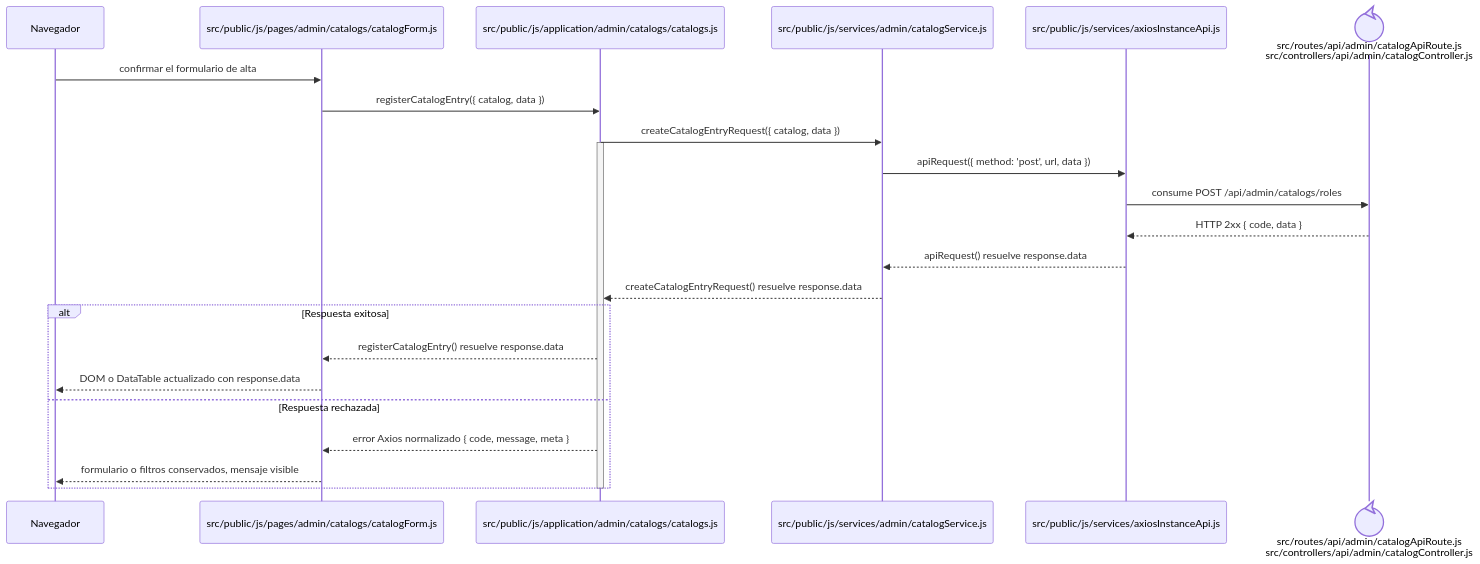
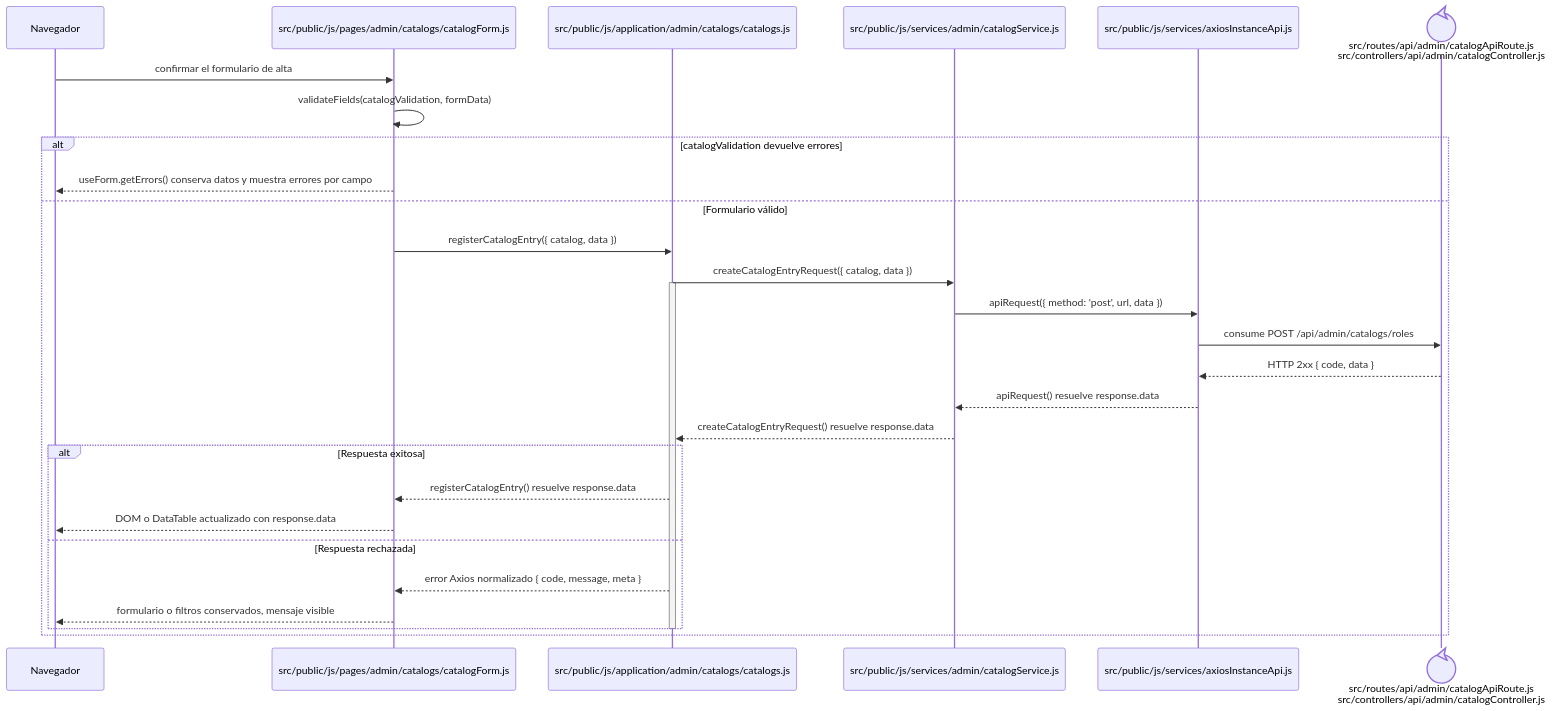
Before and after one commit to gpgsistemas01/nexus: the diagram in docs/architecture/frontend-code-sequences/catalogs/cu-cat-13.md, drawn with Mermaid. The commit also changed 102 other files, not shown here.

````diff
--- a/docs/architecture/frontend-code-sequences/catalogs/cu-cat-13.md
+++ b/docs/architecture/frontend-code-sequences/catalogs/cu-cat-13.md
@@ -6,27 +6,32 @@
 ```mermaid
 sequenceDiagram
     participant Browser as Navegador
     participant View as src/public/js/pages/admin/catalogs/catalogForm.js
     participant Application as src/public/js/application/admin/catalogs/catalogs.js
     participant Request as src/public/js/services/admin/catalogService.js
     participant HTTP as src/public/js/services/axiosInstanceApi.js
     participant Transport@{ "type": "control" } as src/routes/api/admin/catalogApiRoute.js<br/>src/controllers/api/admin/catalogController.js
 
     Browser->>View: confirmar el formulario de alta
-    View->>Application: registerCatalogEntry({ catalog, data })
-    Application->>Request: createCatalogEntryRequest({ catalog, data })
-    activate Application
-    Request->>HTTP: apiRequest({ method: 'post', url, data })
-    HTTP->>Transport: consume POST /api/admin/catalogs/roles
-    Transport-->>HTTP: HTTP 2xx { code, data }
-    HTTP-->>Request: apiRequest() resuelve response.data
-    Request-->>Application: createCatalogEntryRequest() resuelve response.data
-    alt Respuesta exitosa
-        Application-->>View: registerCatalogEntry() resuelve response.data
-        View-->>Browser: DOM o DataTable actualizado con response.data
-    else Respuesta rechazada
-        Application-->>View: error Axios normalizado { code, message, meta }
-        View-->>Browser: formulario o filtros conservados, mensaje visible
+    View->>View: validateFields(catalogValidation, formData)
+    alt catalogValidation devuelve errores
+        View-->>Browser: useForm.getErrors() conserva datos y muestra errores por campo
+    else Formulario válido
+        View->>Application: registerCatalogEntry({ catalog, data })
+        Application->>Request: createCatalogEntryRequest({ catalog, data })
+        activate Application
+        Request->>HTTP: apiRequest({ method: 'post', url, data })
+        HTTP->>Transport: consume POST /api/admin/catalogs/roles
+        Transport-->>HTTP: HTTP 2xx { code, data }
+        HTTP-->>Request: apiRequest() resuelve response.data
+        Request-->>Application: createCatalogEntryRequest() resuelve response.data
+        alt Respuesta exitosa
+            Application-->>View: registerCatalogEntry() resuelve response.data
+            View-->>Browser: DOM o DataTable actualizado con response.data
+        else Respuesta rechazada
+            Application-->>View: error Axios normalizado { code, message, meta }
+            View-->>Browser: formulario o filtros conservados, mensaje visible
+        end
+        deactivate Application
     end
-    deactivate Application
 ```
````
